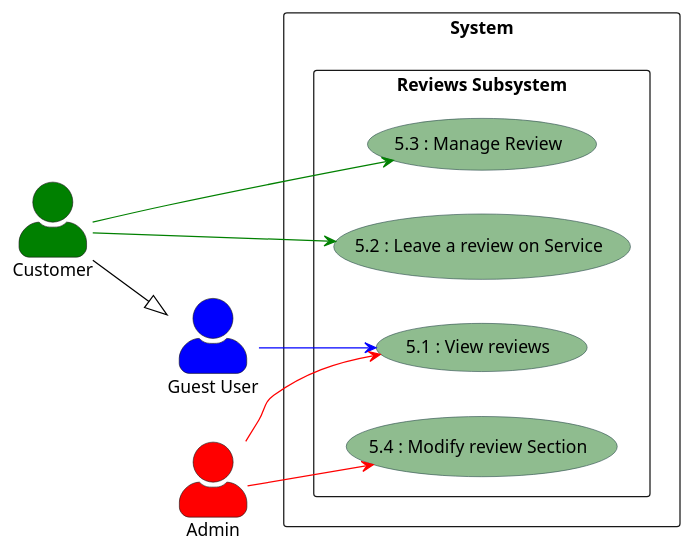
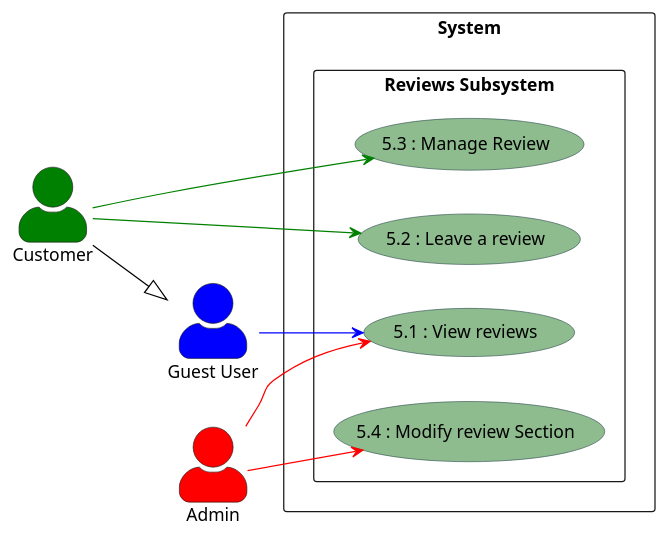
One commit to DylanBrass/Corso-Electrique-code changed the diagram in Diagrams/UseCases/High Level/Reviews_MS.puml. Above: the diagram before and after it, drawn with PlantUML. The commit also changed 3 other files, not shown here.

Commit message:
New diagrams and Updated code

```diff
--- a/Diagrams/UseCases/High Level/Reviews_MS.puml
+++ b/Diagrams/UseCases/High Level/Reviews_MS.puml
@@ -1,36 +1,36 @@
 @startuml
 
 left to right direction
 skinparam actorStyle awesome
 skinparam usecase {
     BackgroundColor DarkSeaGreen
     BorderColor DarkSlateGray
     ArrowColor Black
     ActorBorderColor black
     ActorFontName Courier
     ActorBackgroundColor<< Human >> Gold
 }
 
 actor "Guest User" as Anonymous #Blue
 actor  "Customer" as User #Green
 actor "Admin" as Admin #Red
 rectangle System {
   rectangle "Reviews Subsystem" as Reviews {
     usecase "5.1 : View reviews" as UC1
-    usecase "5.2 : Leave a review on Service" as  UC2
+    usecase "5.2 : Leave a review" as  UC2
     usecase "5.3 : Manage Review" as UC3
     usecase "5.4 : Modify review Section" as UC4
   }
 
 }
 User -[#Green]-> UC2
 User -[#Green]->  UC3
 User --|> Anonymous
 
 Anonymous -[#Blue]-> UC1
 
 Admin -[#Red]-> UC4
 Admin -[#Red]->  UC1
 
 
 @enduml
```
